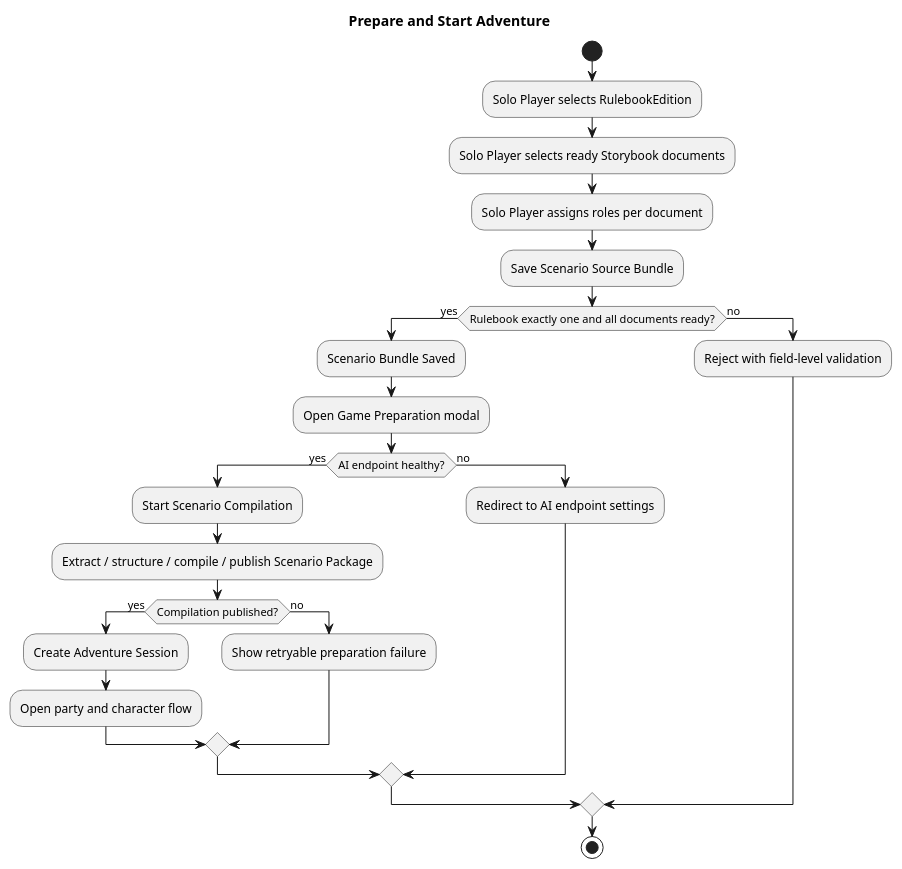
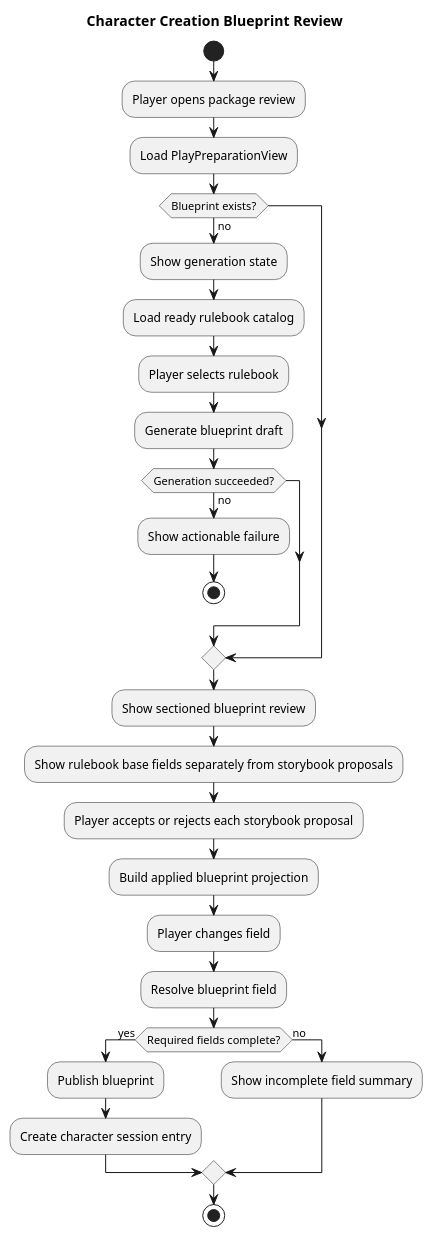
One commit to omegafrog/dnd-master changed the first of 4 diagrams in docs/specs/architecture-spec.md. Above: the diagram before and after it, drawn with PlantUML. The commit also changed other lines of this file and 10 other files, not shown here.

Commit message:
Merge origin/main into character blueprint UX work

````diff
--- a/docs/specs/architecture-spec.md
+++ b/docs/specs/architecture-spec.md
@@ -34,29 +35,31 @@
 ```plantuml
 @startuml
-title Prepare and Start Adventure
+title Character Creation Blueprint Review
 start
-:Solo Player selects RulebookEdition;
-:Solo Player selects ready Storybook documents;
-:Solo Player assigns roles per document;
-:Save Scenario Source Bundle;
-if (Rulebook exactly one and all documents ready?) then (yes)
-  :Scenario Bundle Saved;
-  :Open Game Preparation modal;
-  if (AI endpoint healthy?) then (yes)
-    :Start Scenario Compilation;
-    :Extract / structure / compile / publish Scenario Package;
-    if (Compilation published?) then (yes)
-      :Create Adventure Session;
-      :Open party and character flow;
-    else (no)
-      :Show retryable preparation failure;
-    endif
-  else (no)
-    :Redirect to AI endpoint settings;
+:Player opens package review;
+:Load PlayPreparationView;
+if (Blueprint exists?) then (no)
+  :Show generation state;
+  :Load ready rulebook catalog;
+  :Player selects rulebook;
+  :Generate blueprint draft;
+  if (Generation succeeded?) then (no)
+    :Show actionable failure;
+    stop
   endif
+endif
+:Show sectioned blueprint review;
+:Show rulebook base fields separately from storybook proposals;
+:Player accepts or rejects each storybook proposal;
+:Build applied blueprint projection;
+:Player changes field;
+:Resolve blueprint field;
+if (Required fields complete?) then (yes)
+  :Publish blueprint;
+  :Create character session entry;
 else (no)
-  :Reject with field-level validation;
+  :Show incomplete field summary;
 endif
 stop
 @enduml
 ```
````
